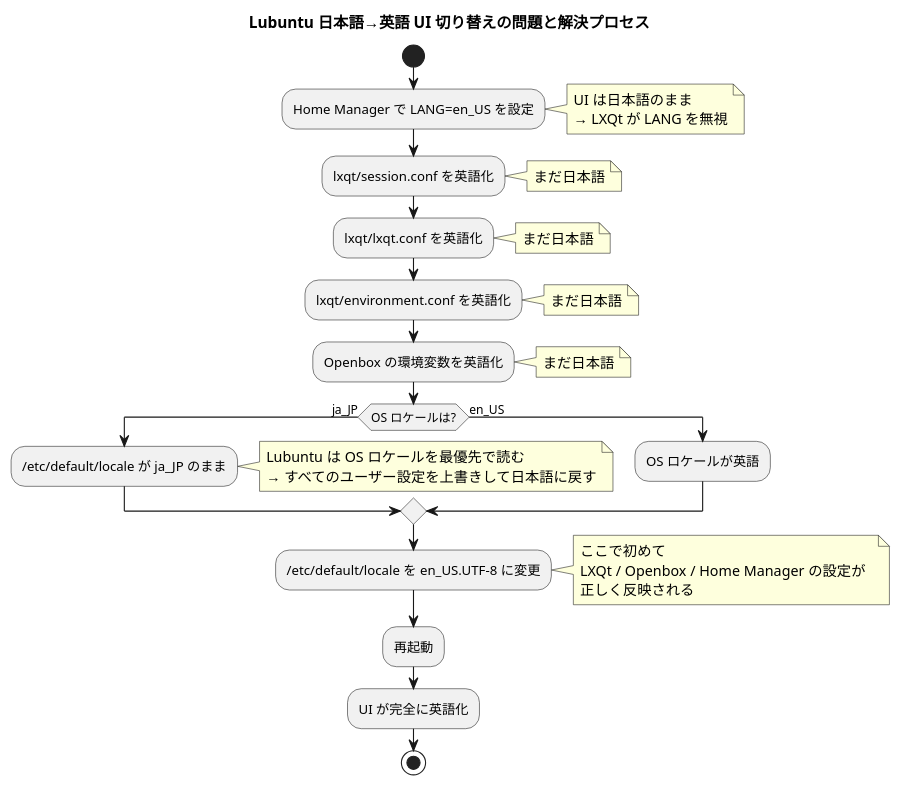
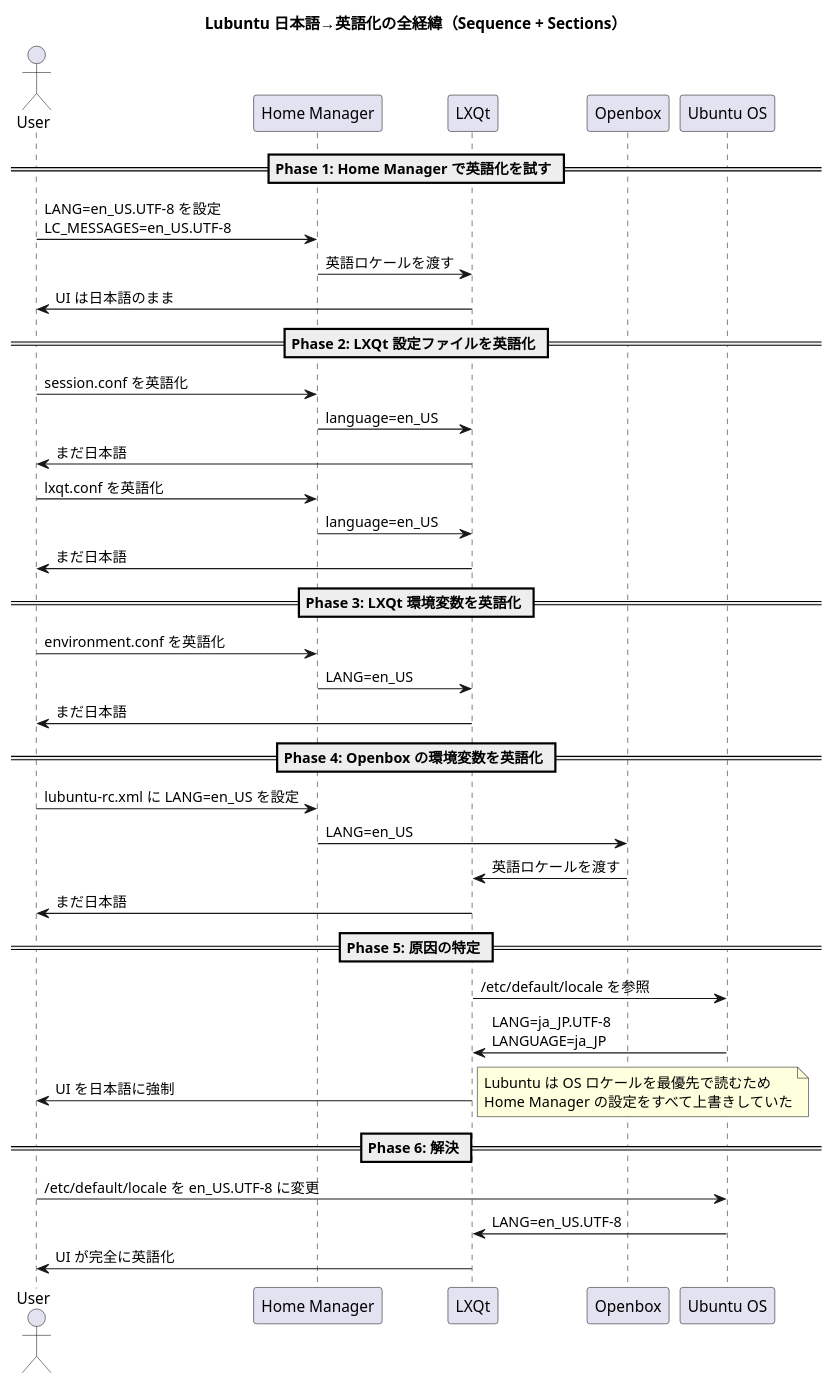
One commit to coacoa/images changed the diagram in nix_lubnutu26_memo2.pu. Above: the diagram before and after it, drawn with PlantUML.

```diff
--- a/nix_lubnutu26_memo2.pu
+++ b/nix_lubnutu26_memo2.pu
@@ -1,55 +1,50 @@
 @startuml
-title Lubuntu 日本語→英語 UI 切り替えの問題と解決プロセス
+title Lubuntu 日本語→英語化の全経緯（Sequence + Sections）
 
-start
+actor User as U
+participant "Home Manager" as HM
+participant "LXQt" as LX
+participant "Openbox" as OB
+participant "Ubuntu OS" as OS
 
-:Home Manager で LANG=en_US を設定;
+== Phase 1: Home Manager で英語化を試す ==
+U -> HM: LANG=en_US.UTF-8 を設定\nLC_MESSAGES=en_US.UTF-8
+HM -> LX: 英語ロケールを渡す
+LX -> U: UI は日本語のまま
+
+== Phase 2: LXQt 設定ファイルを英語化 ==
+U -> HM: session.conf を英語化
+HM -> LX: language=en_US
+LX -> U: まだ日本語
+
+U -> HM: lxqt.conf を英語化
+HM -> LX: language=en_US
+LX -> U: まだ日本語
+
+== Phase 3: LXQt 環境変数を英語化 ==
+U -> HM: environment.conf を英語化
+HM -> LX: LANG=en_US
+LX -> U: まだ日本語
+
+== Phase 4: Openbox の環境変数を英語化 ==
+U -> HM: lubuntu-rc.xml に LANG=en_US を設定
+HM -> OB: LANG=en_US
+OB -> LX: 英語ロケールを渡す
+LX -> U: まだ日本語
+
+== Phase 5: 原因の特定 ==
+LX -> OS: /etc/default/locale を参照
+OS -> LX: LANG=ja_JP.UTF-8\nLANGUAGE=ja_JP
+LX -> U: UI を日本語に強制
+
 note right
-UI は日本語のまま
-→ LXQt が LANG を無視
+Lubuntu は OS ロケールを最優先で読むため  
+Home Manager の設定をすべて上書きしていた
 end note
 
-:lxqt/session.conf を英語化;
-note right
-まだ日本語
-end note
+== Phase 6: 解決 ==
+U -> OS: /etc/default/locale を en_US.UTF-8 に変更
+OS -> LX: LANG=en_US.UTF-8
+LX -> U: UI が完全に英語化
 
-:lxqt/lxqt.conf を英語化;
-note right
-まだ日本語
-end note
-
-:lxqt/environment.conf を英語化;
-note right
-まだ日本語
-end note
-
-:Openbox の環境変数を英語化;
-note right
-まだ日本語
-end note
-
-if (OS ロケールは?) then (ja_JP)
-  :/etc/default/locale が ja_JP のまま;
-  note right
-  Lubuntu は OS ロケールを最優先で読む  
-  → すべてのユーザー設定を上書きして日本語に戻す
-  end note
-else (en_US)
-  :OS ロケールが英語;
-endif
-
-:/etc/default/locale を en_US.UTF-8 に変更;
-
-note right
-ここで初めて  
-LXQt / Openbox / Home Manager の設定が  
-正しく反映される
-end note
-
-:再起動;
-
-:UI が完全に英語化;
-
-stop
 @enduml
```
